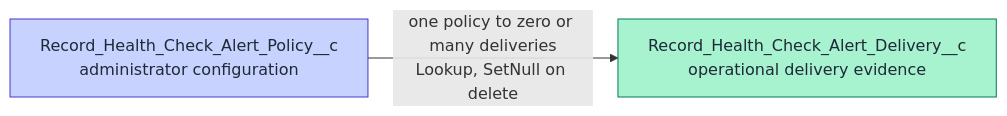
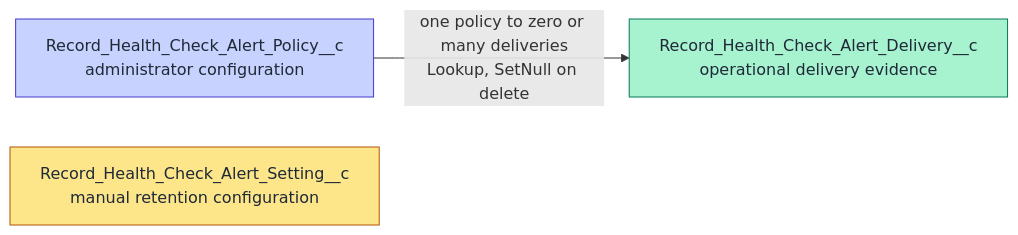
One commit to gkolan/record-health-check-extensions changed the diagram in packages/rhc-alerts/docs/DATA_MODEL.md. Above: the diagram before and after it, drawn with Mermaid. The commit also changed other lines of this file and 355 other files, not shown here.

````diff
--- a/packages/rhc-alerts/docs/DATA_MODEL.md
+++ b/packages/rhc-alerts/docs/DATA_MODEL.md
@@ -9,9 +9,11 @@
 ```mermaid
 flowchart LR
     P[Record_Health_Check_Alert_Policy__c<br/>administrator configuration]
     D[Record_Health_Check_Alert_Delivery__c<br/>operational delivery evidence]
+    S[Record_Health_Check_Alert_Setting__c<br/>manual retention configuration]
     P -->|one policy to zero or many deliveries<br/>Lookup, SetNull on delete| D
 
     style P fill:#c7d2fe,stroke:#4338ca,color:#1f2937
     style D fill:#a7f3d0,stroke:#047857,color:#1f2937
+    style S fill:#fde68a,stroke:#b45309,color:#1f2937
 ```
````
